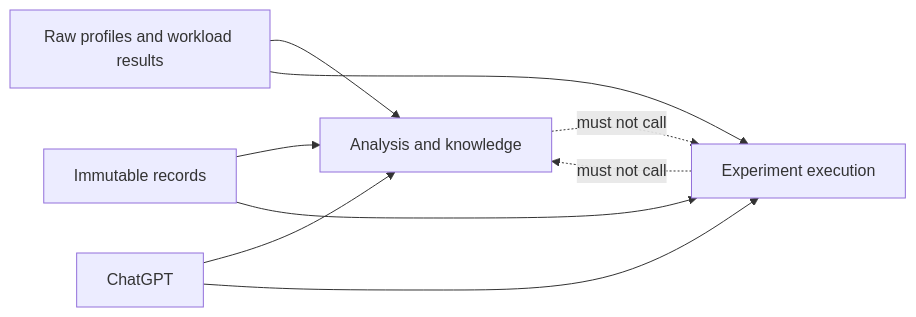
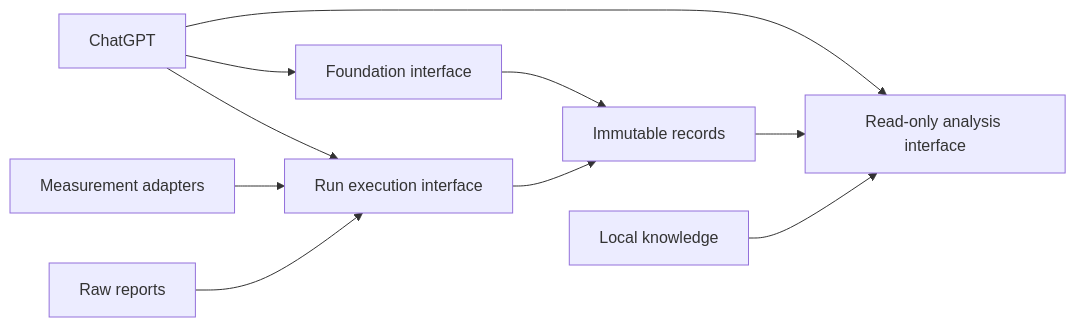
Before and after one commit to troycheng/cuda-kernel-optimizer: the first of 4 diagrams in docs/maintenance/v1.4-architecture-decision.md, drawn with Mermaid. The commit also changed other lines of this file and 1 other file, not shown here.

````diff
--- a/docs/maintenance/v1.4-architecture-decision.md
+++ b/docs/maintenance/v1.4-architecture-decision.md
@@ -152,11 +154,12 @@
 ```mermaid
 flowchart LR
-    raw["Raw profiles and workload results"] --> analysis["Analysis and knowledge"]
-    raw --> experiment["Experiment execution"]
-    records["Immutable records"] --> analysis
-    records --> experiment
-    ai["ChatGPT"] --> analysis
-    ai --> experiment
-    analysis -. "must not call" .-> experiment
-    experiment -. "must not call" .-> analysis
+    ai["ChatGPT"] --> foundation["Foundation interface"]
+    ai --> read["Read-only analysis interface"]
+    ai --> run["Run execution interface"]
+    foundation --> records["Immutable records"]
+    run --> records
+    records --> read
+    adapters["Measurement adapters"] --> run
+    raw["Raw reports"] --> run
+    knowledge["Local knowledge"] --> read
 ```
````
